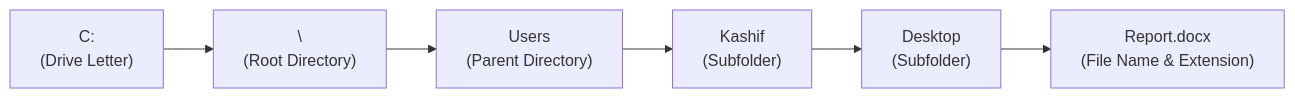
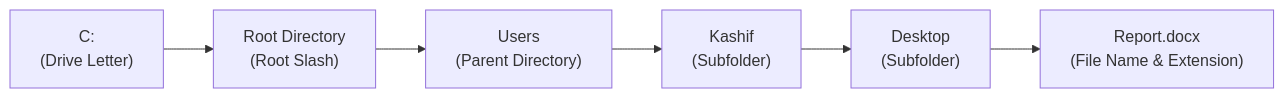
Before and after one commit to Kashif-Mashi/Blue-Team-Handbook: the eighth of 10 diagrams in Windows/Fundamentals/Chapter 03 — Windows File System & File Explorer.md, drawn with Mermaid. The commit also changed other lines of this file, not shown here.

Commit message:
add chapter 3 & lab 2

````diff
--- a/Windows/Fundamentals/Chapter 03 — Windows File System & File Explorer.md
+++ b/Windows/Fundamentals/Chapter 03 — Windows File System & File Explorer.md
@@ -481,8 +481,8 @@
 ```mermaid
 flowchart LR
-    Drive["C:<br/>(Drive Letter)"] --> RootSep["\<br/>(Root Directory)"]
+    Drive["C:<br/>(Drive Letter)"] --> RootSep["Root Directory<br/>(Root Slash)"]
     RootSep --> Folder1["Users<br/>(Parent Directory)"]
     Folder1 --> Folder2["Kashif<br/>(Subfolder)"]
     Folder2 --> Folder3["Desktop<br/>(Subfolder)"]
     Folder3 --> File["Report.docx<br/>(File Name & Extension)"]
 ```
````
